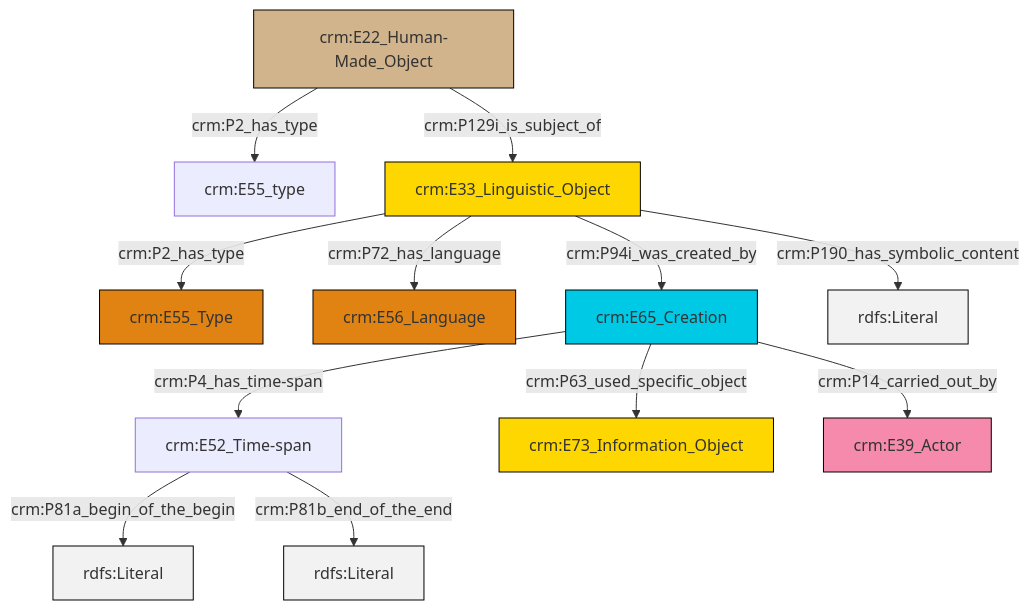
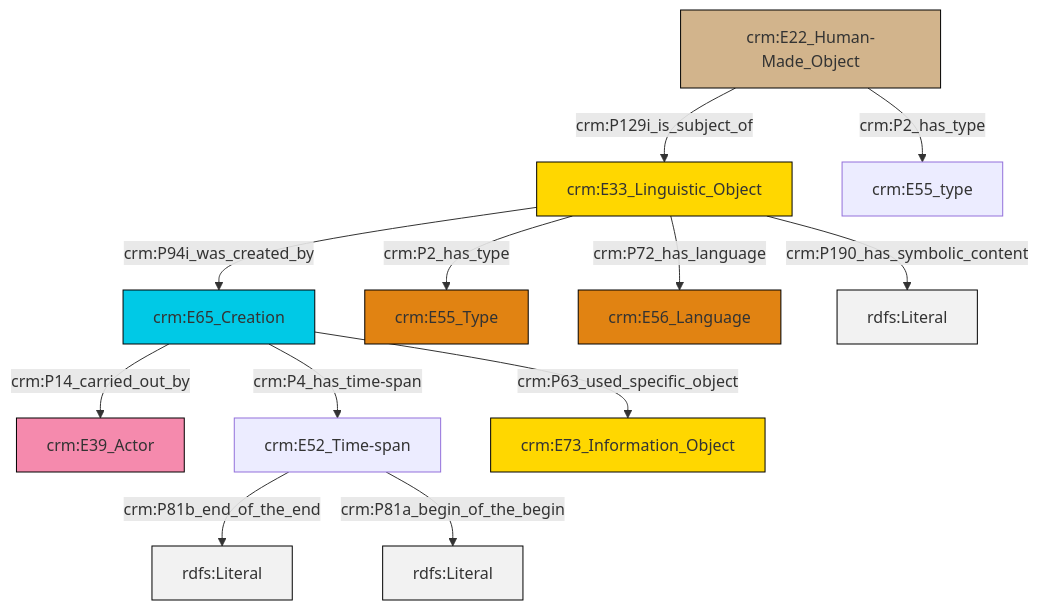
Before and after one commit to swiss-art-research-net/reference-data-models: the diagram in et/builtWorkCSV/ttl/mmd/Built_Work_description.ttl.mmd, drawn with Mermaid. The commit also changed 128 other files, not shown here.

```diff
--- a/et/builtWorkCSV/ttl/mmd/Built_Work_description.ttl.mmd
+++ b/et/builtWorkCSV/ttl/mmd/Built_Work_description.ttl.mmd
@@ -1,26 +1,26 @@
 graph TD
 classDef Literal fill:#f2f2f2,stroke:#000000;
 classDef CRM_Entity fill:#FFFFFF,stroke:#000000;
 classDef Temporal_Entity fill:#00C9E6, stroke:#000000;
 classDef Type fill:#E18312, stroke:#000000;
 classDef Time-Span fill:#2C9C91, stroke:#000000;
 classDef Appellation fill:#FFEB7F, stroke:#000000;
 classDef Place fill:#008836, stroke:#000000;
 classDef Persistent_Item fill:#B266B2, stroke:#000000;
 classDef Conceptual_Object fill:#FFD700, stroke:#000000;
 classDef Physical_Thing fill:#D2B48C, stroke:#000000;
 classDef Actor fill:#f58aad, stroke:#000000;
 classDef PC_Classes fill:#4ce600, stroke:#000000;
 classDef Multi fill:#cccccc,stroke:#000000;
 
-2["crm:E52_Time-span"]:::Default -->|crm:P81a_begin_of_the_begin| 3[rdfs:Literal]:::Literal
-10["crm:E33_Linguistic_Object"]:::Conceptual_Object -->|crm:P2_has_type| 6["crm:E55_Type"]:::Type
-10["crm:E33_Linguistic_Object"]:::Conceptual_Object -->|crm:P72_has_language| 11["crm:E56_Language"]:::Type
-15["crm:E65_Creation"]:::Temporal_Entity -->|crm:P14_carried_out_by| 8["crm:E39_Actor"]:::Actor
-13["crm:E22_Human-Made_Object"]:::Physical_Thing -->|crm:P2_has_type| 0["crm:E55_type"]:::Default
-10["crm:E33_Linguistic_Object"]:::Conceptual_Object -->|crm:P94i_was_created_by| 15["crm:E65_Creation"]:::Temporal_Entity
-15["crm:E65_Creation"]:::Temporal_Entity -->|crm:P4_has_time-span| 2["crm:E52_Time-span"]:::Default
-13["crm:E22_Human-Made_Object"]:::Physical_Thing -->|crm:P129i_is_subject_of| 10["crm:E33_Linguistic_Object"]:::Conceptual_Object
-10["crm:E33_Linguistic_Object"]:::Conceptual_Object -->|crm:P190_has_symbolic_content| 19[rdfs:Literal]:::Literal
-2["crm:E52_Time-span"]:::Default -->|crm:P81b_end_of_the_end| 20[rdfs:Literal]:::Literal
-15["crm:E65_Creation"]:::Temporal_Entity -->|crm:P63_used_specific_object| 4["crm:E73_Information_Object"]:::Conceptual_Object
+0["crm:E65_Creation"]:::Temporal_Entity -->|crm:P14_carried_out_by| 1["crm:E39_Actor"]:::Actor
+7["crm:E22_Human-Made_Object"]:::Physical_Thing -->|crm:P129i_is_subject_of| 3["crm:E33_Linguistic_Object"]:::Conceptual_Object
+8["crm:E52_Time-span"]:::Default -->|crm:P81b_end_of_the_end| 9[rdfs:Literal]:::Literal
+3["crm:E33_Linguistic_Object"]:::Conceptual_Object -->|crm:P2_has_type| 10["crm:E55_Type"]:::Type
+0["crm:E65_Creation"]:::Temporal_Entity -->|crm:P63_used_specific_object| 13["crm:E73_Information_Object"]:::Conceptual_Object
+8["crm:E52_Time-span"]:::Default -->|crm:P81a_begin_of_the_begin| 19[rdfs:Literal]:::Literal
+3["crm:E33_Linguistic_Object"]:::Conceptual_Object -->|crm:P72_has_language| 14["crm:E56_Language"]:::Type
+3["crm:E33_Linguistic_Object"]:::Conceptual_Object -->|crm:P190_has_symbolic_content| 20[rdfs:Literal]:::Literal
+7["crm:E22_Human-Made_Object"]:::Physical_Thing -->|crm:P2_has_type| 5["crm:E55_type"]:::Default
+0["crm:E65_Creation"]:::Temporal_Entity -->|crm:P4_has_time-span| 8["crm:E52_Time-span"]:::Default
+3["crm:E33_Linguistic_Object"]:::Conceptual_Object -->|crm:P94i_was_created_by| 0["crm:E65_Creation"]:::Temporal_Entity
```
